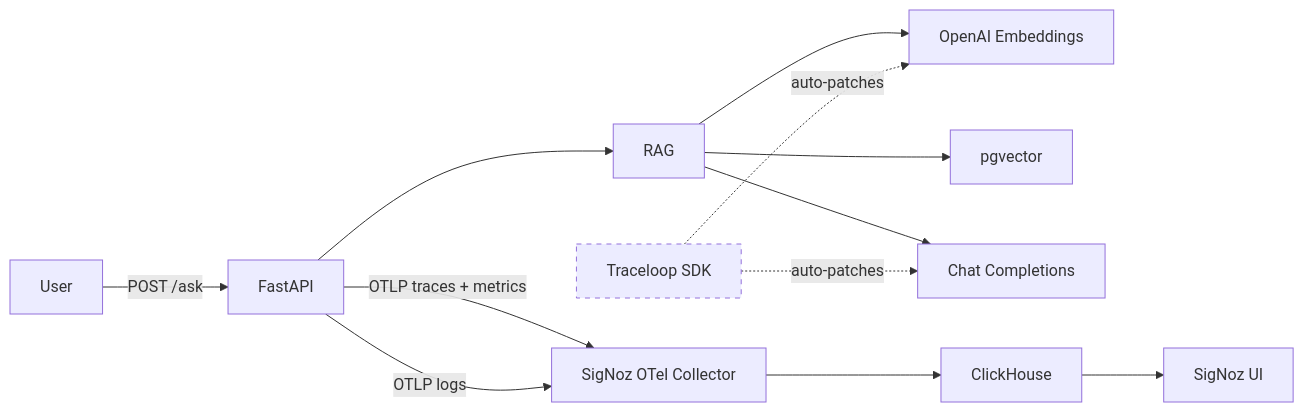
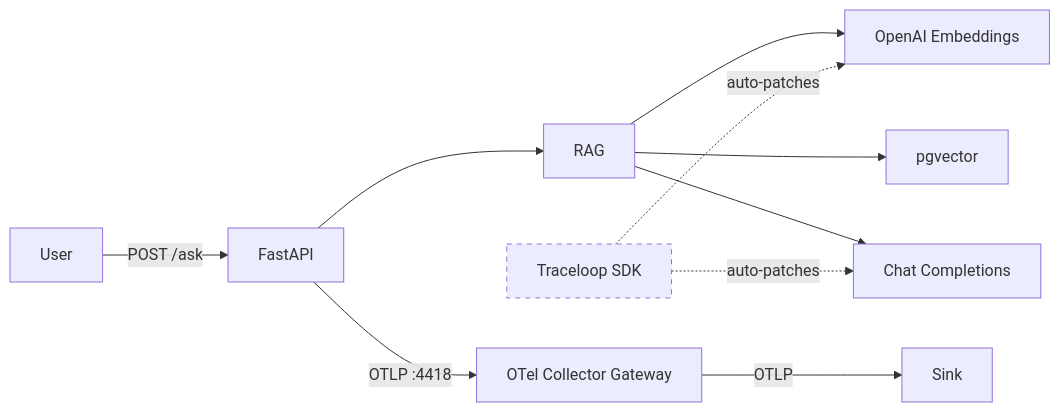
Before and after one commit to one2nc/ai_observability: the diagram in experiments/02_openllmetry/README.md, drawn with Mermaid. The commit also changed other lines of this file and 19 other files, not shown here.

Commit message:
Restructure infra (gateway + sinks), fix idempotent ingest, update diagrams and READMEs

````diff
--- a/experiments/02_openllmetry/README.md
+++ b/experiments/02_openllmetry/README.md
@@ -7,17 +7,14 @@
 ```mermaid
 graph LR
     User -->|POST /ask| FastAPI
     FastAPI --> RAG
     RAG --> OpenAI[OpenAI Embeddings]
     RAG --> PG[pgvector]
     RAG --> LLM[Chat Completions]
-
     Traceloop[Traceloop SDK] -.->|auto-patches| OpenAI
     Traceloop -.->|auto-patches| LLM
-    FastAPI -->|OTLP traces + metrics| Collector[SigNoz OTel Collector]
-    FastAPI -->|OTLP logs| Collector
-    Collector --> ClickHouse
-    ClickHouse --> SigNoz[SigNoz UI]
+    FastAPI -->|OTLP :4418| Gateway[OTel Collector Gateway]
+    Gateway -->|OTLP| Sink[Sink]
 
     style Traceloop stroke-dasharray: 5 5
 ```
````
